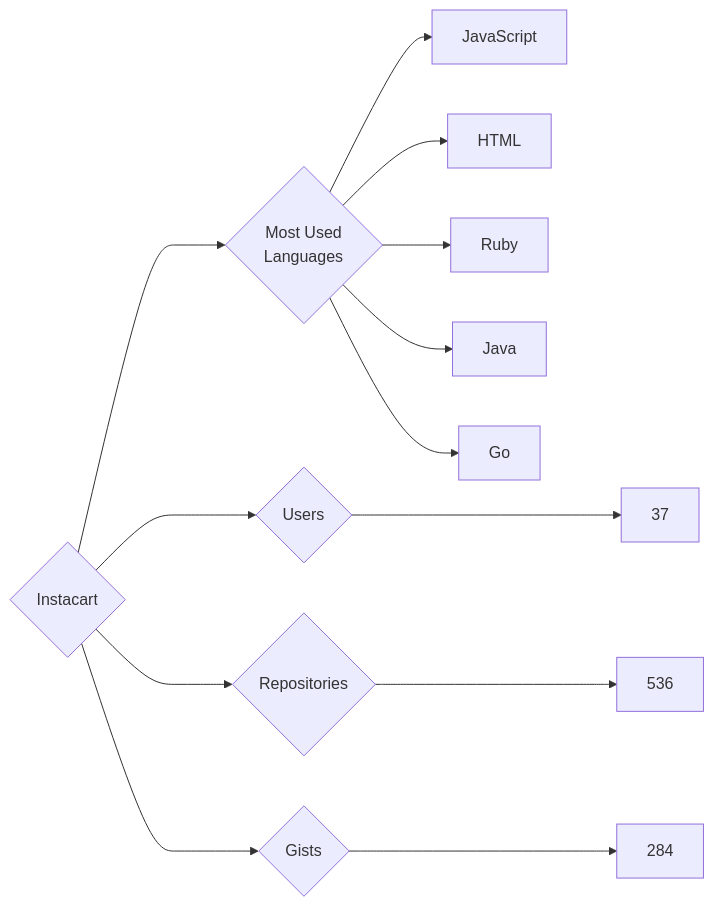
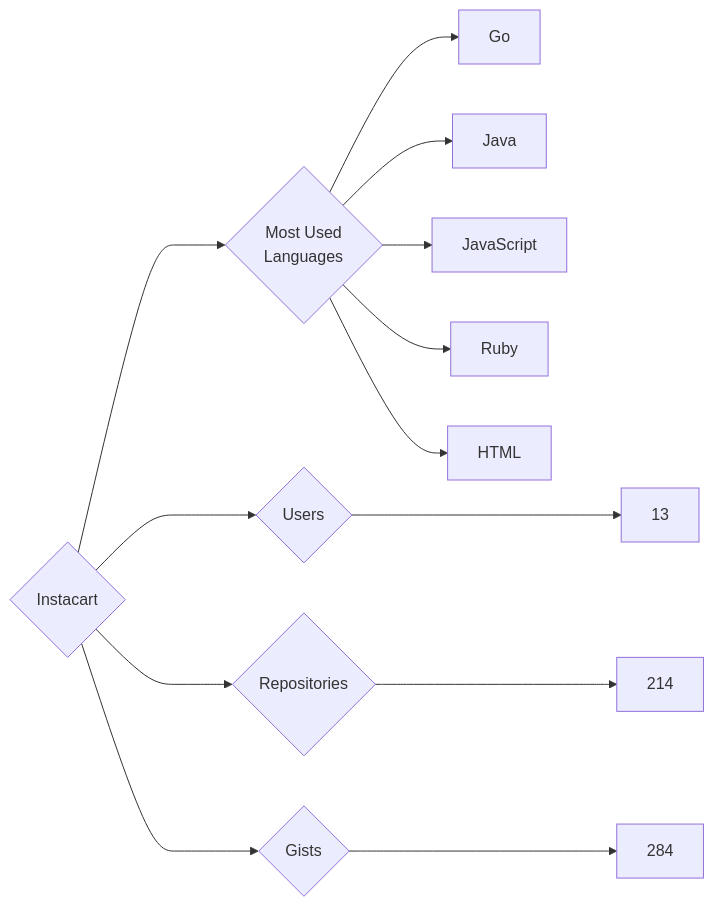
Before and after one commit to trickest/insiders: the diagram in targets/Instacart/README.md, drawn with Mermaid. The commit also changed 682 other files, not shown here.

````diff
--- a/targets/Instacart/README.md
+++ b/targets/Instacart/README.md
@@ -3,13 +3,13 @@
 ```mermaid
 graph LR
 COMPANY_NAME{Instacart}
-COMPANY_NAME ---> U{Users} ---> UN[37]
-COMPANY_NAME ---> R{Repositories} ---> RN[536]
+COMPANY_NAME ---> U{Users} ---> UN[13]
+COMPANY_NAME ---> R{Repositories} ---> RN[214]
 COMPANY_NAME ---> G{Gists} ---> GN[284]
 COMPANY_NAME ---> ML{Most Used<br>Languages}
+ML --> Go[Go]
+ML --> Java[Java]
 ML --> JavaScript[JavaScript]
+ML --> Ruby[Ruby]
 ML --> HTML[HTML]
-ML --> Ruby[Ruby]
-ML --> Java[Java]
-ML --> Go[Go]
 ```
````
